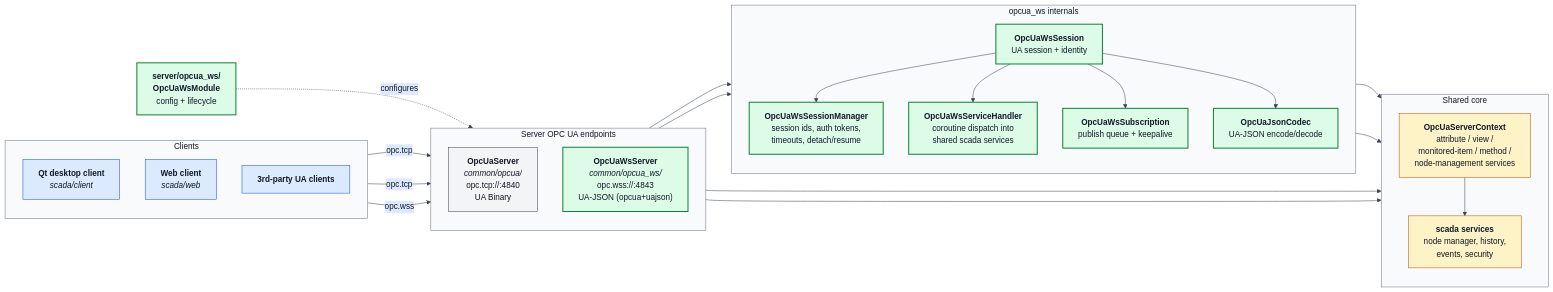
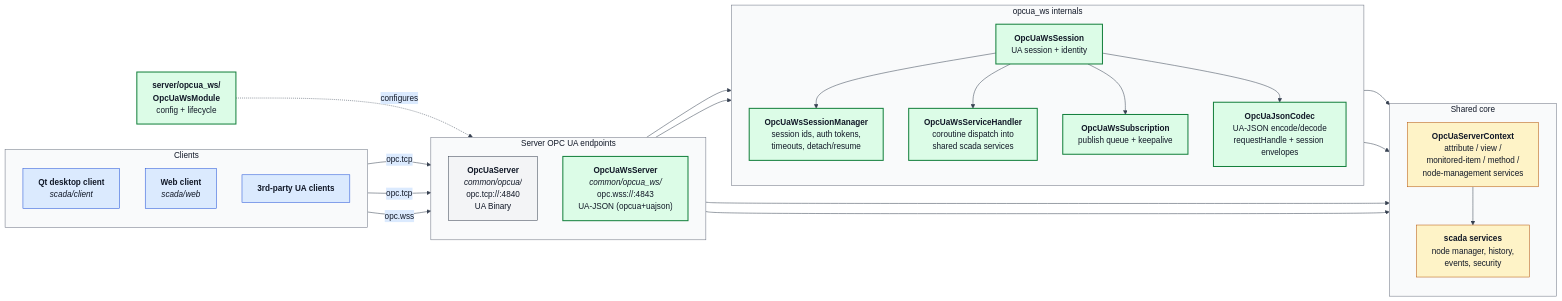
One commit to alexsmn/scada-common changed the diagram in docs/opcua_ws_architecture.mmd. Above: the diagram before and after it, drawn with Mermaid. The commit also changed 8 other files, not shown here.

```diff
--- a/docs/opcua_ws_architecture.mmd
+++ b/docs/opcua_ws_architecture.mmd
@@ -1,79 +1,79 @@
 %%{init: {
   'theme': 'base',
   'themeVariables': {
     'background': '#ffffff',
     'primaryColor': '#f3f4f6',
     'primaryBorderColor': '#374151',
     'primaryTextColor': '#111827',
     'secondaryColor': '#dbeafe',
     'secondaryBorderColor': '#1d4ed8',
     'secondaryTextColor': '#111827',
     'tertiaryColor': '#fef3c7',
     'tertiaryBorderColor': '#b45309',
     'tertiaryTextColor': '#111827',
     'lineColor': '#374151',
     'defaultLinkColor': '#374151',
     'clusterBkg': '#f9fafb',
     'clusterBorder': '#6b7280',
     'titleColor': '#111827'
   },
   'flowchart': {'htmlLabels': true}
 }}%%
 flowchart LR
     subgraph Clients["Clients"]
         direction TB
         QT["<b>Qt desktop client</b><br/><i>scada/client</i>"]
         WEB["<b>Web client</b><br/><i>scada/web</i>"]
         NATIVE["<b>3rd-party UA clients</b>"]
     end
 
     subgraph Endpoints["Server OPC UA endpoints"]
         direction TB
         TCP["<b>OpcUaServer</b><br/><i>common/opcua/</i><br/>opc.tcp://:4840<br/>UA Binary"]
         WS["<b>OpcUaWsServer</b><br/><i>common/opcua_ws/</i><br/>opc.wss://:4843<br/>UA-JSON (opcua+uajson)"]
     end
 
     subgraph WsInternals["opcua_ws internals"]
         direction TB
         SESS["<b>OpcUaWsSession</b><br/>UA session + identity"]
         SMGR["<b>OpcUaWsSessionManager</b><br/>session ids, auth tokens,<br/>timeouts, detach/resume"]
         HANDLER["<b>OpcUaWsServiceHandler</b><br/>coroutine dispatch into<br/>shared scada services"]
         SUB["<b>OpcUaWsSubscription</b><br/>publish queue + keepalive"]
-        CODEC["<b>OpcUaJsonCodec</b><br/>UA-JSON encode/decode"]
+        CODEC["<b>OpcUaJsonCodec</b><br/>UA-JSON encode/decode<br/>requestHandle + session envelopes"]
     end
 
     subgraph Core["Shared core"]
         direction TB
         CTX["<b>OpcUaServerContext</b><br/>attribute / view /<br/>monitored-item / method /<br/>node-management services"]
         SVC["<b>scada services</b><br/>node manager, history,<br/>events, security"]
     end
 
     MOD["<b>server/opcua_ws/<br/>OpcUaWsModule</b><br/>config + lifecycle"]
 
     QT -->|opc.tcp| TCP
     NATIVE -->|opc.tcp| TCP
     WEB -->|opc.wss| WS
 
     WS --> SESS
     SESS --> SMGR
     SESS --> HANDLER
     WS --> CODEC
     SESS --> SUB
     SESS --> CODEC
     HANDLER --> CTX
     SMGR --> CTX
 
     TCP --> CTX
     WS --> CTX
     CTX --> SVC
 
     MOD -.configures.-> WS
 
     classDef clientStyle fill:#dbeafe,stroke:#1d4ed8,color:#111827
     classDef newModule fill:#dcfce7,stroke:#15803d,color:#111827,stroke-width:2px
     classDef existing fill:#f3f4f6,stroke:#374151,color:#111827
     classDef core fill:#fef3c7,stroke:#b45309,color:#111827
     class QT,WEB,NATIVE clientStyle
     class WS,SESS,SMGR,HANDLER,SUB,CODEC,MOD newModule
     class TCP existing
     class CTX,SVC core
```
